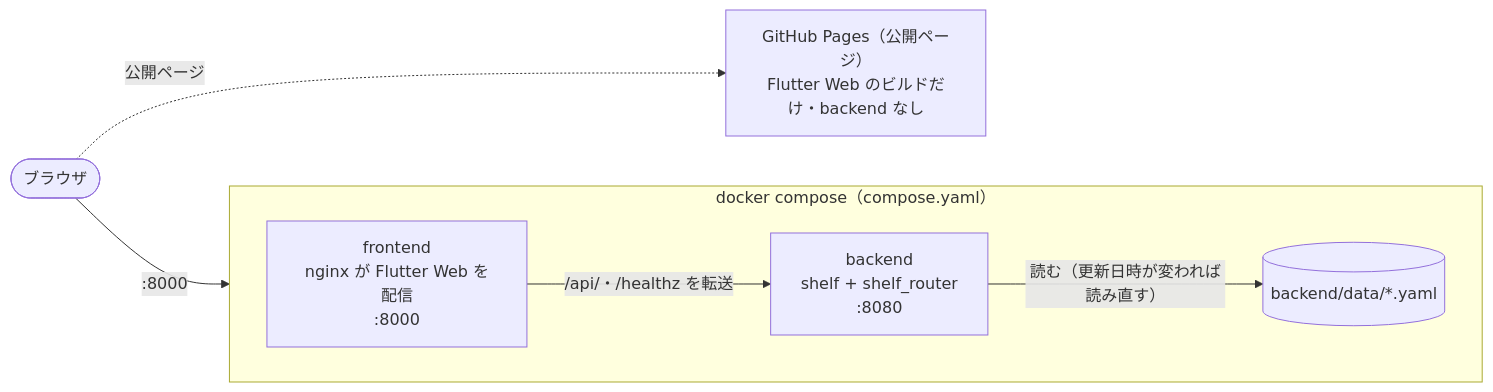
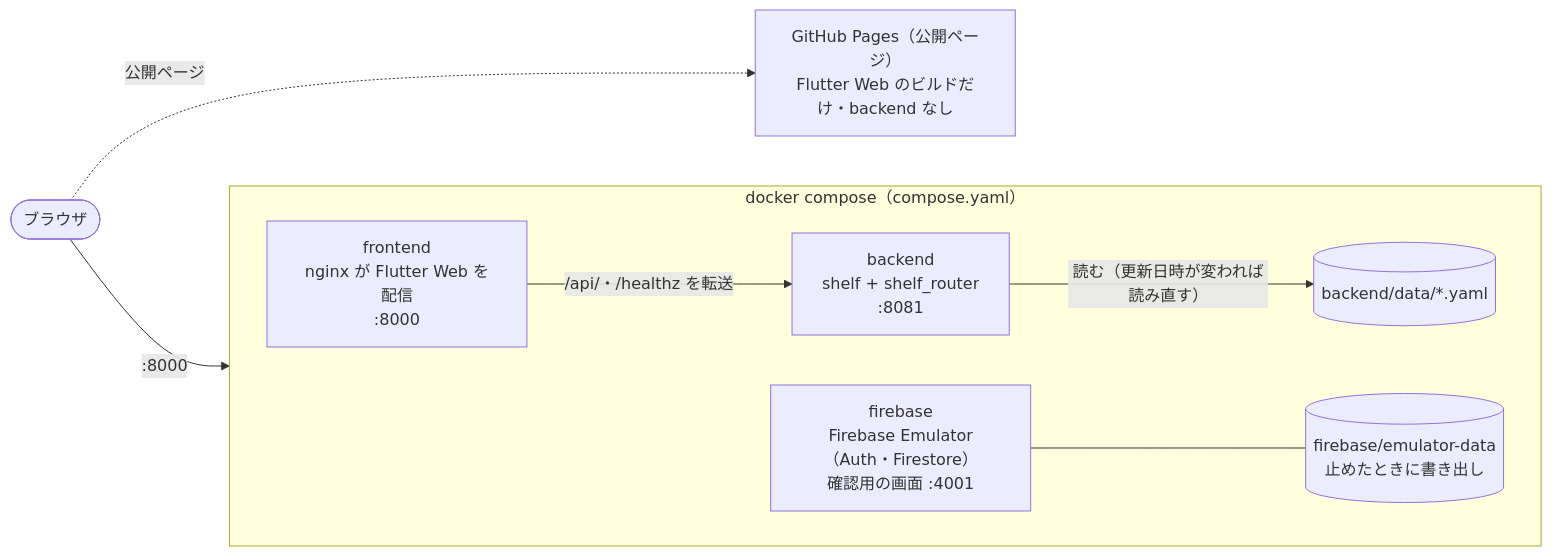
Before and after one commit to sigu-f7a231/dev-portfolio-site: the first of 3 diagrams in docs/design.md, drawn with Mermaid. The commit also changed 29 other files, not shown here.

First line of the commit message:
ローカルのクラウド（Firebase Emulator と compose）と、その資料

````diff
--- a/docs/design.md
+++ b/docs/design.md
@@ -8,15 +8,18 @@
 ```mermaid
 flowchart LR
   user(["ブラウザ"])
   subgraph compose["docker compose（compose.yaml）"]
     direction LR
     fe["frontend<br/>nginx が Flutter Web を配信<br/>:8000"]
-    be["backend<br/>shelf + shelf_router<br/>:8080"]
+    be["backend<br/>shelf + shelf_router<br/>:8081"]
     data[("backend/data/*.yaml")]
     fe -- "/api/・/healthz を転送" --> be
     be -- "読む（更新日時が変われば読み直す）" --> data
+    emu["firebase<br/>Firebase Emulator（Auth・Firestore）<br/>確認用の画面 :4001"]
+    edata[("firebase/emulator-data<br/>止めたときに書き出し")]
+    emu --- edata
   end
   user -- ":8000" --> fe
   pages["GitHub Pages（公開ページ）<br/>Flutter Web のビルドだけ・backend なし"]
   user -. "公開ページ" .-> pages
 ```
````
